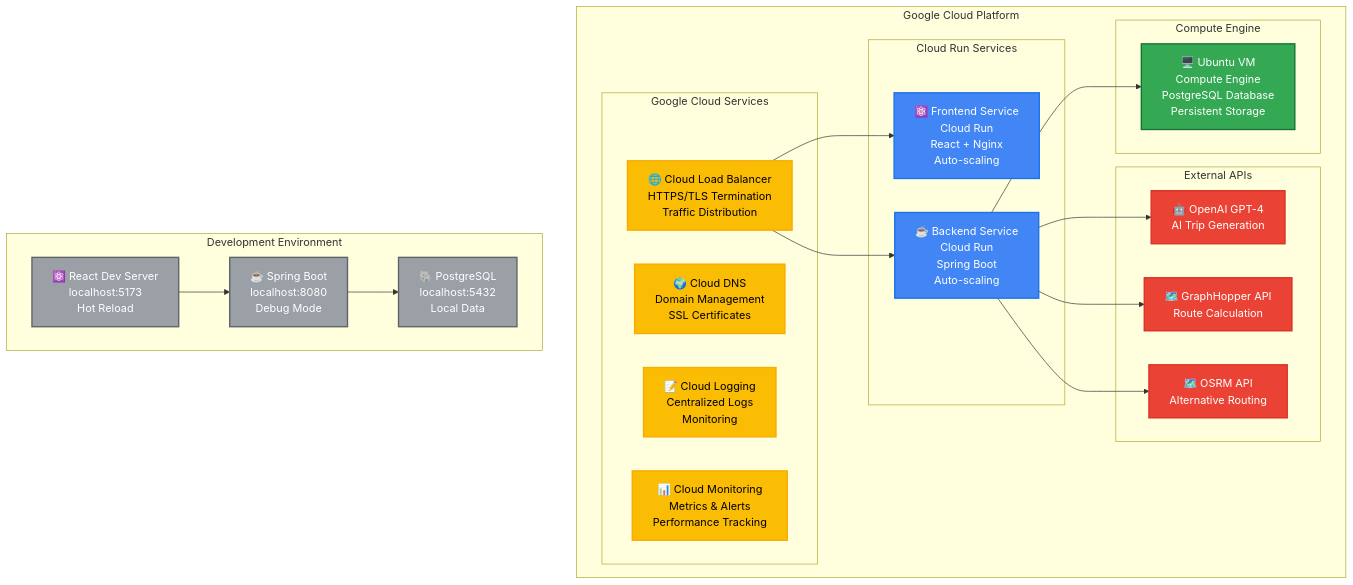
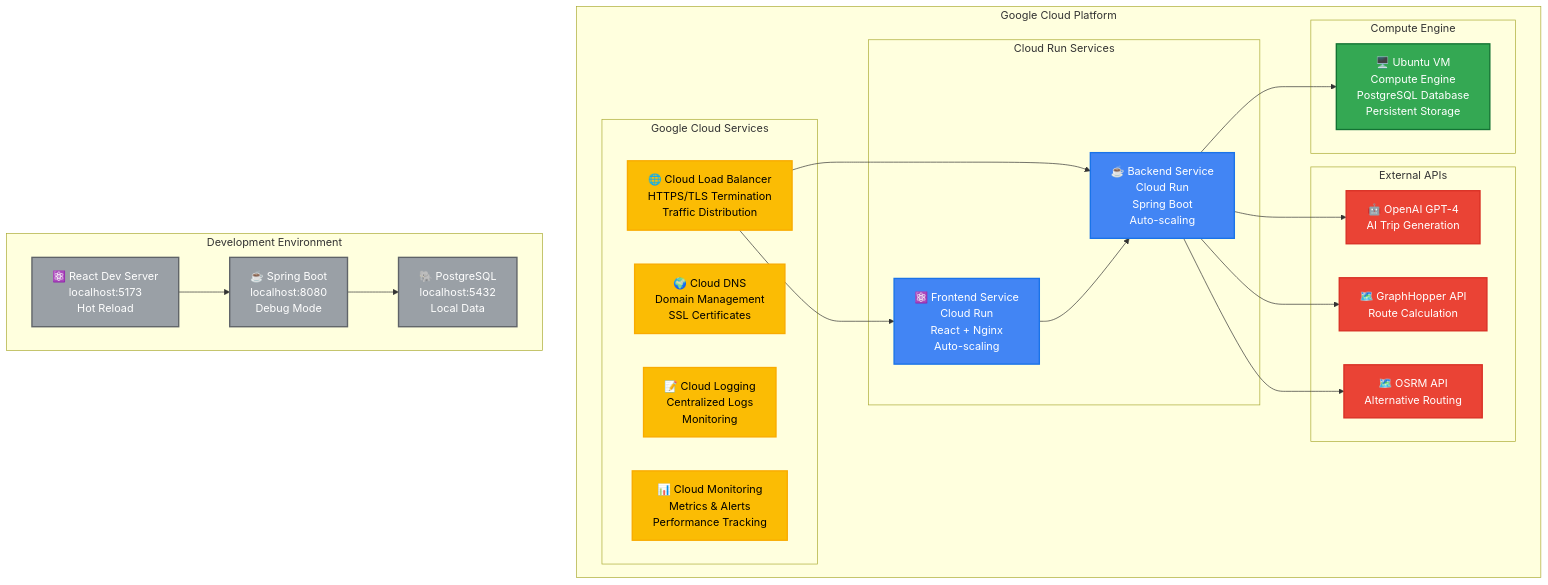
The fifth of 5 diagrams in SYSTEM_DIAGRAM.md (adendl/roadtrip-ai), drawn with Mermaid before and after one commit.

````diff
--- a/SYSTEM_DIAGRAM.md
+++ b/SYSTEM_DIAGRAM.md
@@ -301,57 +301,58 @@
 ```mermaid
 graph TB
     subgraph "Google Cloud Platform"
         subgraph "Cloud Run Services"
             FrontendService["⚛️ Frontend Service<br/>Cloud Run<br/>React + Nginx<br/>Auto-scaling"]
             BackendService["☕ Backend Service<br/>Cloud Run<br/>Spring Boot<br/>Auto-scaling"]
         end
         
         subgraph "Compute Engine"
             UbuntuVM["🖥️ Ubuntu VM<br/>Compute Engine<br/>PostgreSQL Database<br/>Persistent Storage"]
         end
         
         subgraph "External APIs"
             OpenAI["🤖 OpenAI GPT-4<br/>AI Trip Generation"]
             GraphHopper["🗺️ GraphHopper API<br/>Route Calculation"]
             OSRM["🗺️ OSRM API<br/>Alternative Routing"]
         end
         
         subgraph "Google Cloud Services"
             LoadBalancer["🌐 Cloud Load Balancer<br/>HTTPS/TLS Termination<br/>Traffic Distribution"]
             CloudDNS["🌍 Cloud DNS<br/>Domain Management<br/>SSL Certificates"]
             CloudLogging["📝 Cloud Logging<br/>Centralized Logs<br/>Monitoring"]
             CloudMonitoring["📊 Cloud Monitoring<br/>Metrics & Alerts<br/>Performance Tracking"]
         end
     end
     
     subgraph "Development Environment"
         DevFrontend["⚛️ React Dev Server<br/>localhost:5173<br/>Hot Reload"]
         DevBackend["☕ Spring Boot<br/>localhost:8080<br/>Debug Mode"]
         DevDatabase["🐘 PostgreSQL<br/>localhost:5432<br/>Local Data"]
     end
     
     %% Production Flow
     LoadBalancer --> FrontendService
     LoadBalancer --> BackendService
+    FrontendService --> BackendService
     BackendService --> UbuntuVM
     BackendService --> OpenAI
     BackendService --> GraphHopper
     BackendService --> OSRM
     
     %% Development Flow
     DevFrontend --> DevBackend
     DevBackend --> DevDatabase
     
     %% Styling
     classDef cloudRun fill:#4285f4,stroke:#1a73e8,stroke-width:2px,color:#fff
     classDef computeEngine fill:#34a853,stroke:#137333,stroke-width:2px,color:#fff
     classDef external fill:#ea4335,stroke:#d93025,stroke-width:2px,color:#fff
     classDef cloudServices fill:#fbbc04,stroke:#f9ab00,stroke-width:2px,color:#000
     classDef development fill:#9aa0a6,stroke:#5f6368,stroke-width:2px,color:#fff
     
     class FrontendService,BackendService cloudRun
     class UbuntuVM computeEngine
     class OpenAI,GraphHopper,OSRM external
     class LoadBalancer,CloudDNS,CloudLogging,CloudMonitoring cloudServices
     class DevFrontend,DevBackend,DevDatabase development
 ```
````
